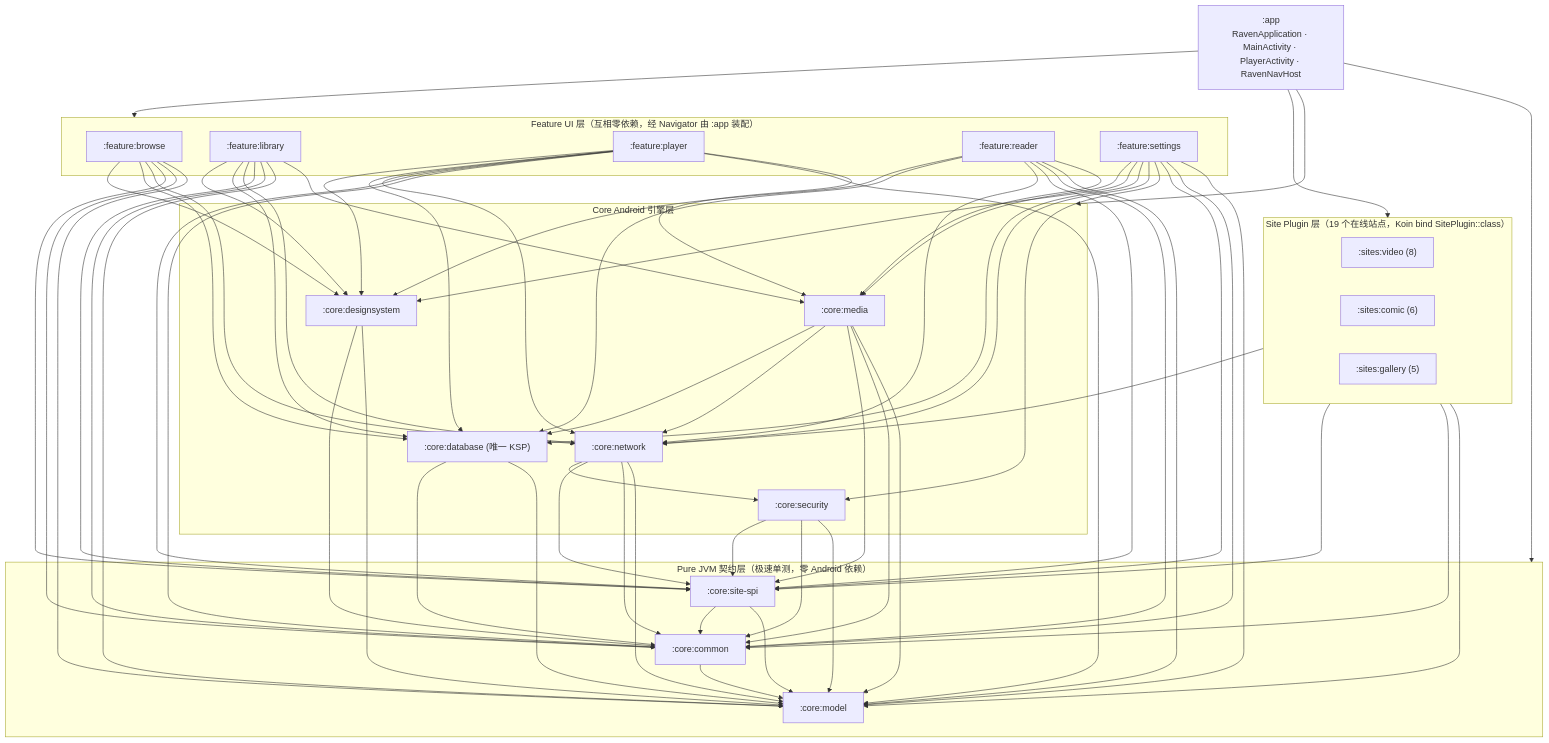
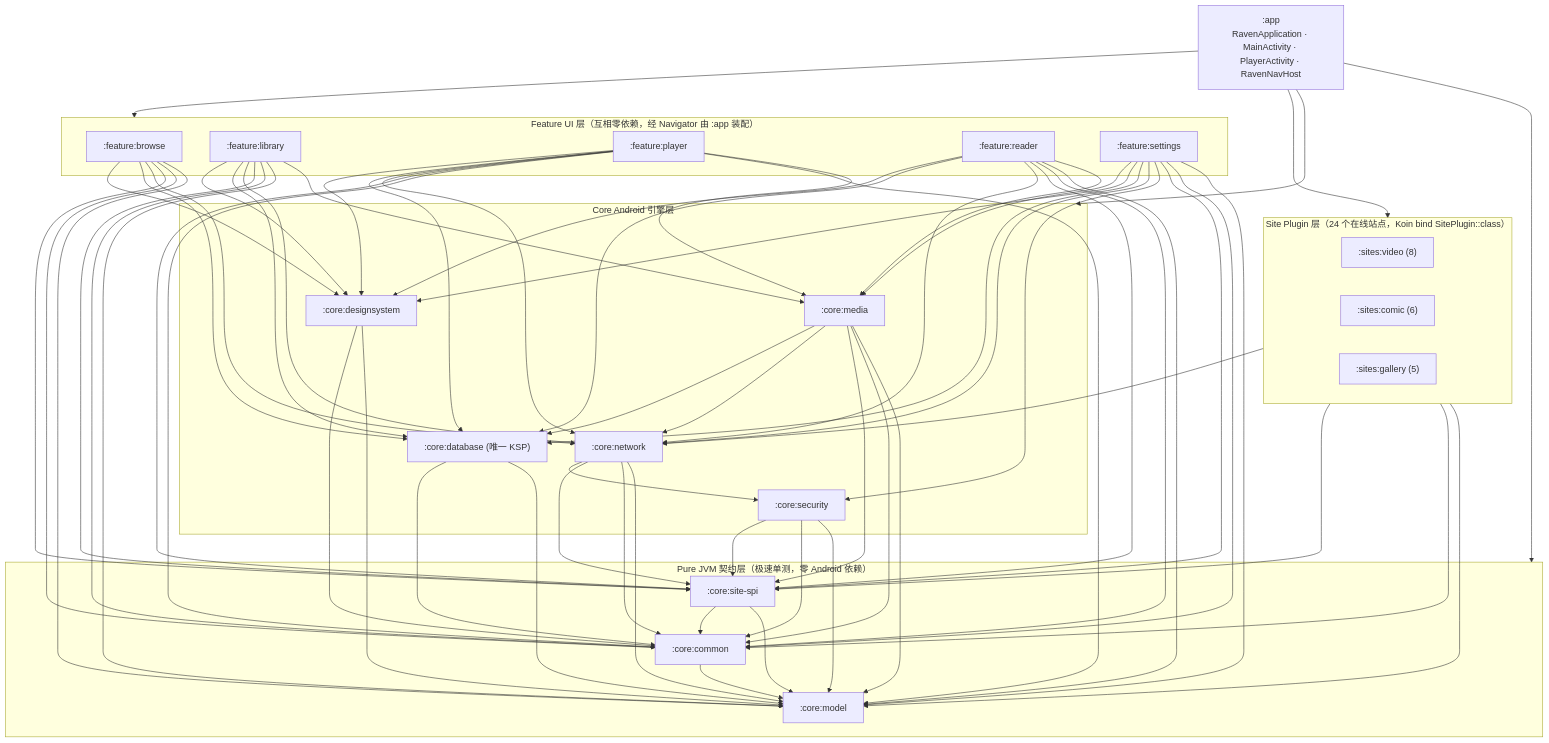
One commit to ywclgl258/Raven changed the diagram in docs/ONBOARDING.md. Above: the diagram before and after it, drawn with Mermaid. The commit also changed other lines of this file and 24 other files, not shown here.

````diff
--- a/docs/ONBOARDING.md
+++ b/docs/ONBOARDING.md
@@ -105,44 +105,44 @@
 ```mermaid
 flowchart TB
     APP[":app<br/>RavenApplication · MainActivity · PlayerActivity · RavenNavHost"]
 
     subgraph FEATURES["Feature UI 层（互相零依赖，经 Navigator 由 :app 装配）"]
         FB[":feature:browse"]
         FL[":feature:library"]
         FP[":feature:player"]
         FR[":feature:reader"]
         FS[":feature:settings"]
     end
 
-    subgraph SITES["Site Plugin 层（19 个在线站点，Koin bind SitePlugin::class）"]
+    subgraph SITES["Site Plugin 层（24 个在线站点，Koin bind SitePlugin::class）"]
         SV[":sites:video (8)"]
         SC[":sites:comic (6)"]
         SG[":sites:gallery (5)"]
     end
 
     subgraph CORE_ANDROID["Core Android 引擎层"]
         CM[":core:media"]
         CD[":core:designsystem"]
         CDB[":core:database (唯一 KSP)"]
         CN[":core:network"]
         CSEC[":core:security"]
     end
 
     subgraph CORE_JVM["Pure JVM 契约层（极速单测，零 Android 依赖）"]
         SPI[":core:site-spi"]
         COM[":core:common"]
         MOD[":core:model"]
     end
 
     APP --> FEATURES & SITES & CORE_ANDROID & CORE_JVM
     FB & FL & FP & FR --> CD & CDB & CN & SPI & COM & MOD
     FL & FP & FR --> CM
     FS --> CM & CD & CDB & CN & CSEC & SPI & COM & MOD
     SITES --> CN & SPI & COM & MOD
     CM --> CDB & CN & SPI & COM & MOD
     CN --> CSEC & SPI & COM & MOD
     CDB & CD --> COM & MOD
     CSEC --> SPI & COM & MOD
     SPI --> COM & MOD
     COM --> MOD
 ```
````
